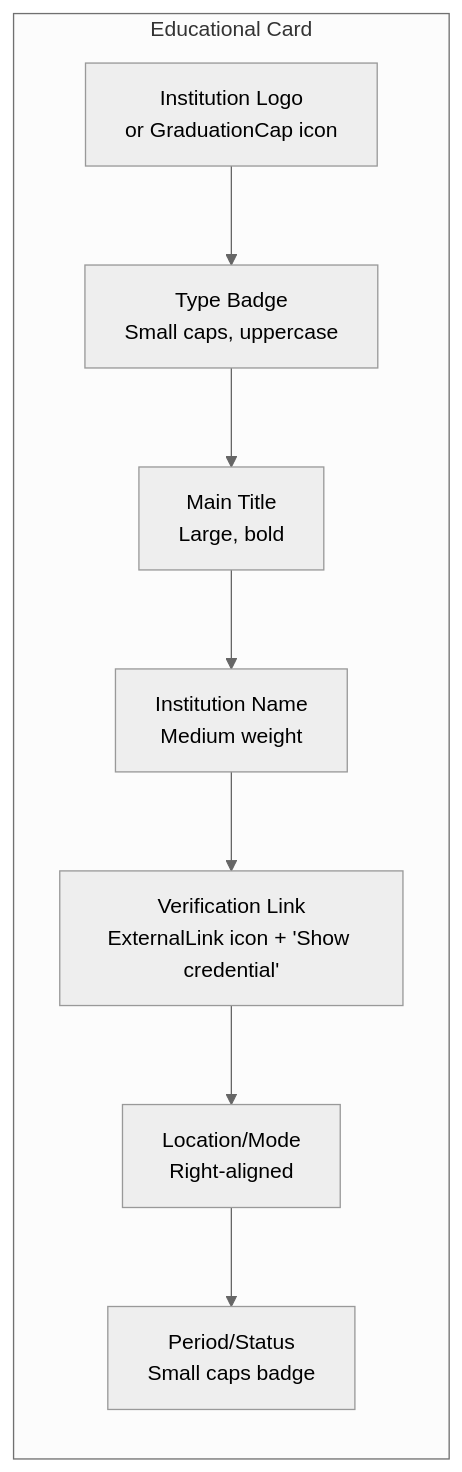
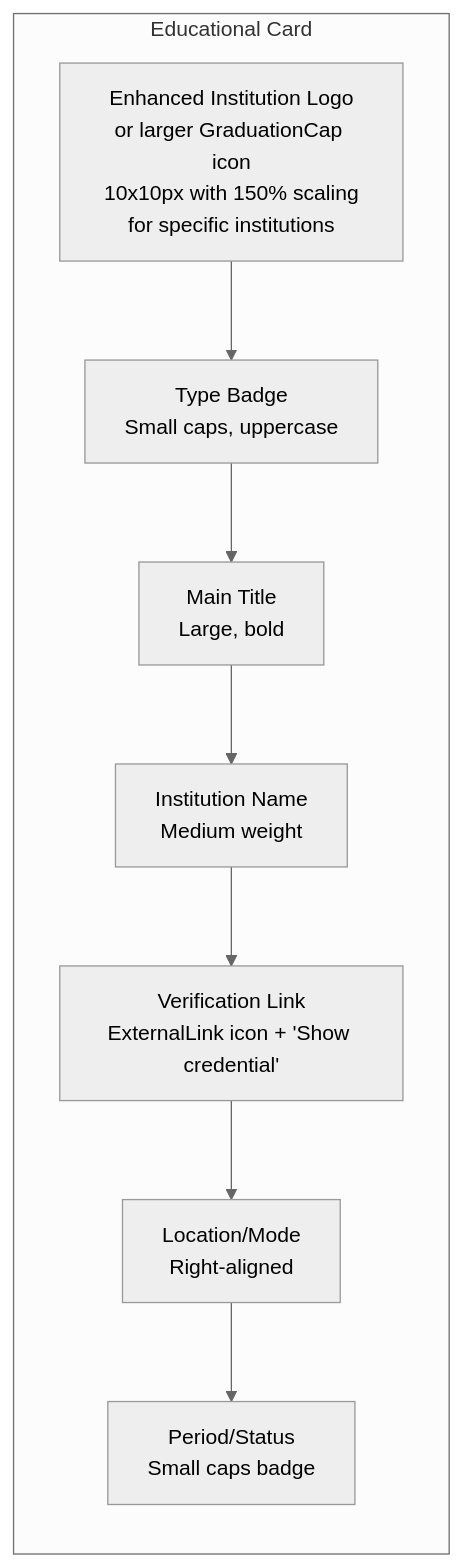
The sixth of 11 diagrams in .qoder/repowiki/en/content/Component Library & UI Elements/EducationSection Component.md (subash7781/Portfolio), drawn with Mermaid (neutral theme) before and after one commit. The commit also changed other lines of this file and 3 other files, not shown here.

````diff
--- a/.qoder/repowiki/en/content/Component Library & UI Elements/EducationSection Component.md
+++ b/.qoder/repowiki/en/content/Component Library & UI Elements/EducationSection Component.md
@@ -284,18 +286,18 @@
 ```mermaid
 graph LR
 subgraph "Educational Card"
-Logo["Institution Logo<br/>or GraduationCap icon"]
+Logo["Enhanced Institution Logo<br/>or larger GraduationCap icon<br/>10x10px with 150% scaling<br/>for specific institutions"]
 Type["Type Badge<br/>Small caps, uppercase"]
 Title["Main Title<br/>Large, bold"]
 Institution["Institution Name<br/>Medium weight"]
 CredentialLink["Verification Link<br/>ExternalLink icon + 'Show credential'"]
 Location["Location/Mode<br/>Right-aligned"]
 Period["Period/Status<br/>Small caps badge"]
 end
 Logo --> Type
 Type --> Title
 Title --> Institution
 Institution --> CredentialLink
 CredentialLink --> Location
 Location --> Period
 ```
````
